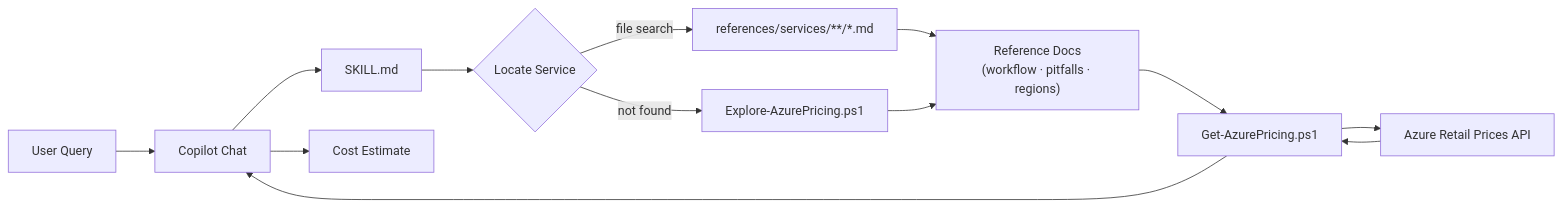
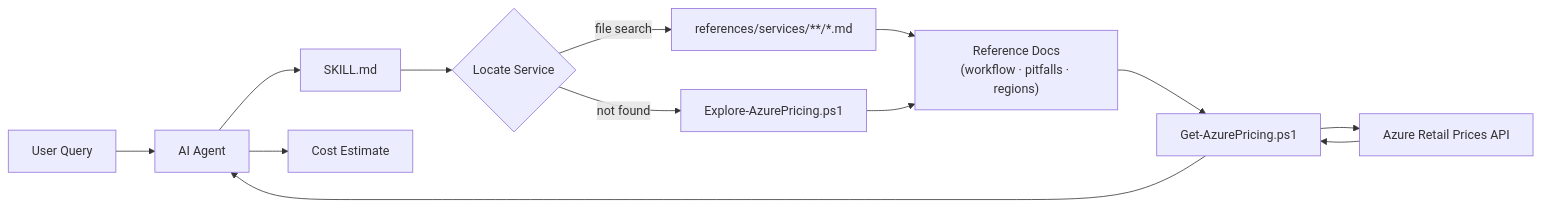
One commit to ahmadabdalla/azure-cost-calculator changed the diagram in README.md. Above: the diagram before and after it, drawn with Mermaid. The commit also changed other lines of this file and 27 other files, not shown here.

````diff
--- a/README.md
+++ b/README.md
@@ -87,15 +93,15 @@
 ```mermaid
 flowchart LR
-    A[User Query] --> B[Copilot Chat]
+    A[User Query] --> B[AI Agent]
     B --> C[SKILL.md]
     C --> D{Locate Service}
     D -->|file search| E["references/services/**/*.md"]
     D -->|not found| F[Explore-AzurePricing.ps1]
     E --> G["Reference Docs\n(workflow · pitfalls · regions)"]
     F --> G
     G --> H[Get-AzurePricing.ps1]
     H --> I[Azure Retail Prices API]
     I --> H
     H --> B
     B --> J[Cost Estimate]
 ```
````
